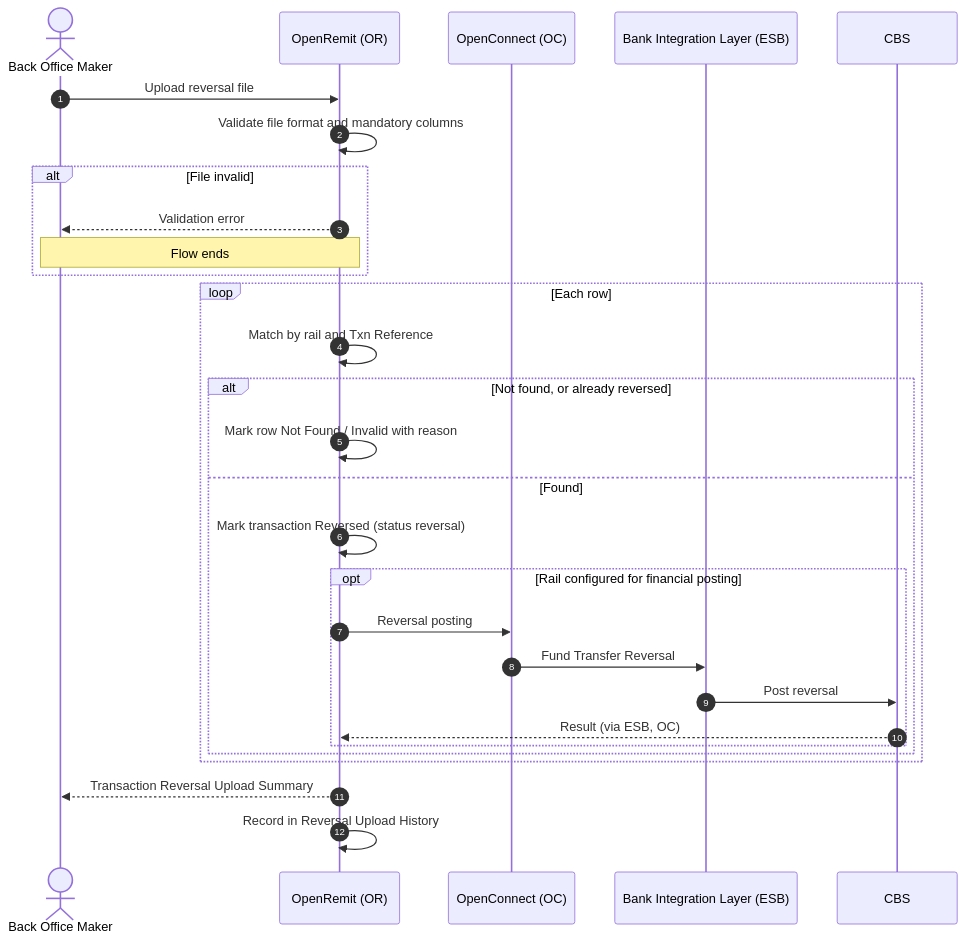
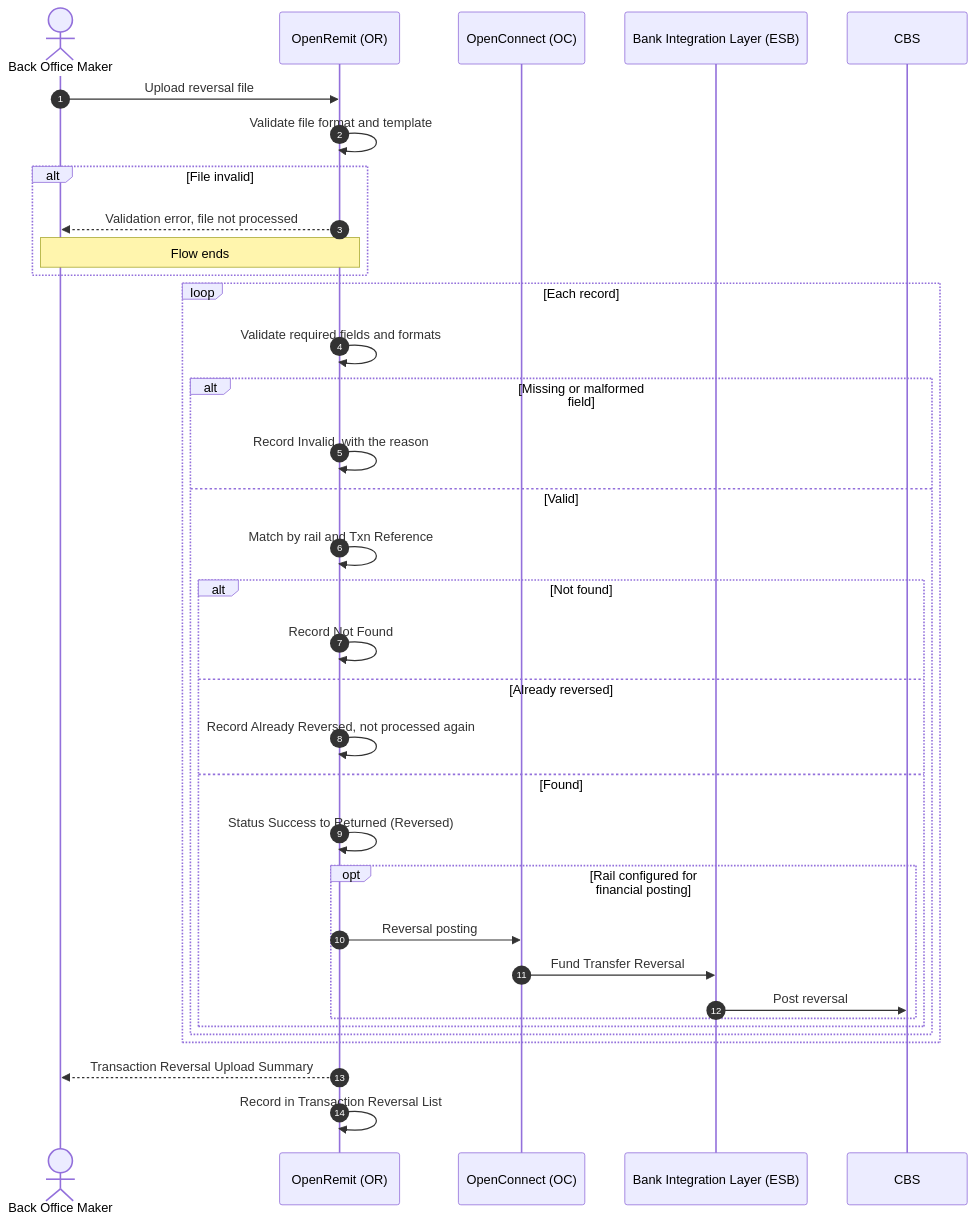
The diagram in docs/features/financial/reversal-file-upload.md (paysyslab/OpenRemit), drawn with Mermaid before and after one commit. The commit also changed other lines of this file and 37 other files, not shown here.

````diff
--- a/docs/features/financial/reversal-file-upload.md
+++ b/docs/features/financial/reversal-file-upload.md
@@ -62,32 +71,38 @@
 ```mermaid
 sequenceDiagram
     autonumber
     actor BOM as Back Office Maker
     participant OR as OpenRemit (OR)
     participant OC as OpenConnect (OC)
     participant ESB as Bank Integration Layer (ESB)
     participant CBS
 
     BOM->>OR: Upload reversal file
-    OR->>OR: Validate file format and mandatory columns
+    OR->>OR: Validate file format and template
     alt File invalid
-        OR-->>BOM: Validation error
+        OR-->>BOM: Validation error, file not processed
         Note over BOM,OR: Flow ends
     end
-    loop Each row
-        OR->>OR: Match by rail and Txn Reference
-        alt Not found, or already reversed
-            OR->>OR: Mark row Not Found / Invalid with reason
-        else Found
-            OR->>OR: Mark transaction Reversed (status reversal)
-            opt Rail configured for financial posting
-                OR->>OC: Reversal posting
-                OC->>ESB: Fund Transfer Reversal
-                ESB->>CBS: Post reversal
-                CBS-->>OR: Result (via ESB, OC)
+    loop Each record
+        OR->>OR: Validate required fields and formats
+        alt Missing or malformed field
+            OR->>OR: Record Invalid, with the reason
+        else Valid
+            OR->>OR: Match by rail and Txn Reference
+            alt Not found
+                OR->>OR: Record Not Found
+            else Already reversed
+                OR->>OR: Record Already Reversed, not processed again
+            else Found
+                OR->>OR: Status Success to Returned (Reversed)
+                opt Rail configured for financial posting
+                    OR->>OC: Reversal posting
+                    OC->>ESB: Fund Transfer Reversal
+                    ESB->>CBS: Post reversal
+                end
             end
         end
     end
     OR-->>BOM: Transaction Reversal Upload Summary
-    OR->>OR: Record in Reversal Upload History
+    OR->>OR: Record in Transaction Reversal List
 ```
````
